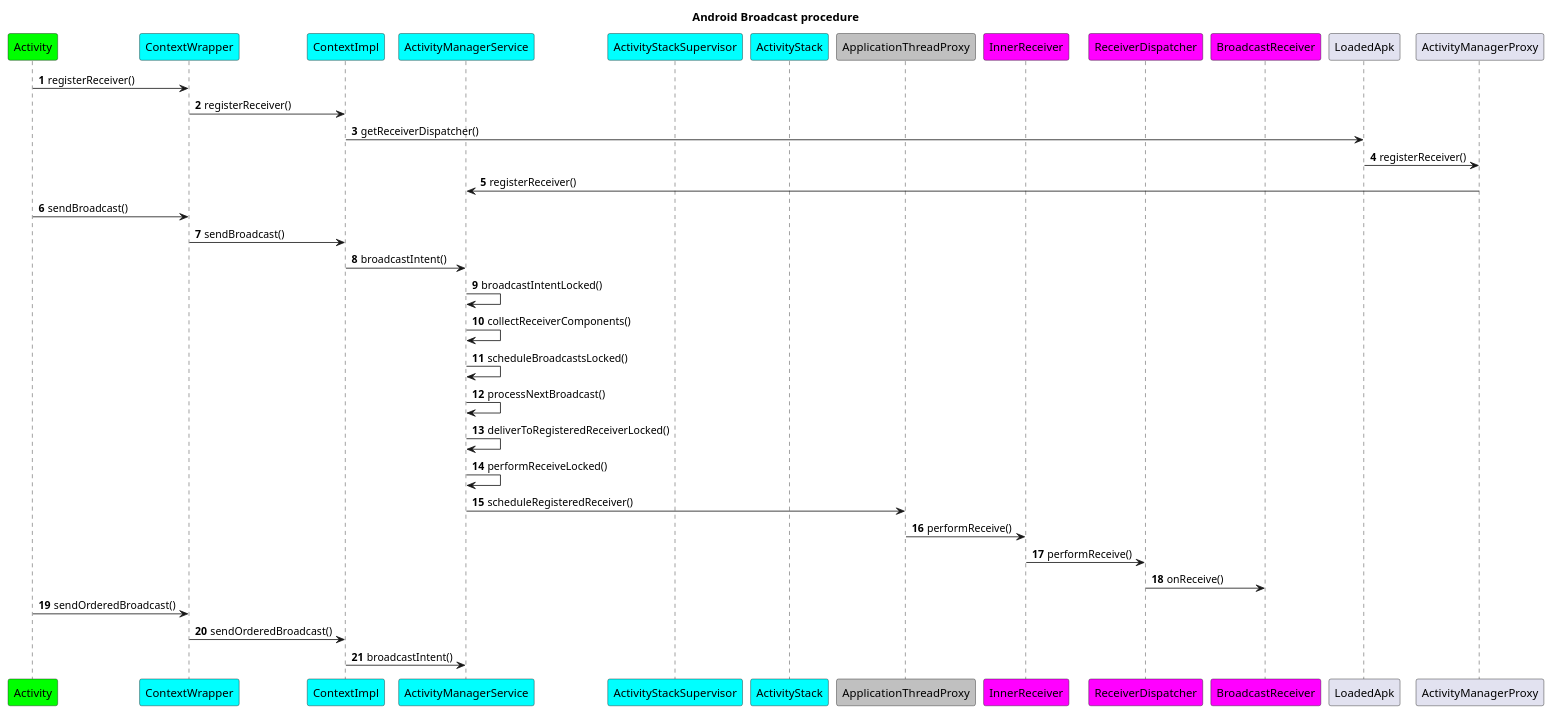
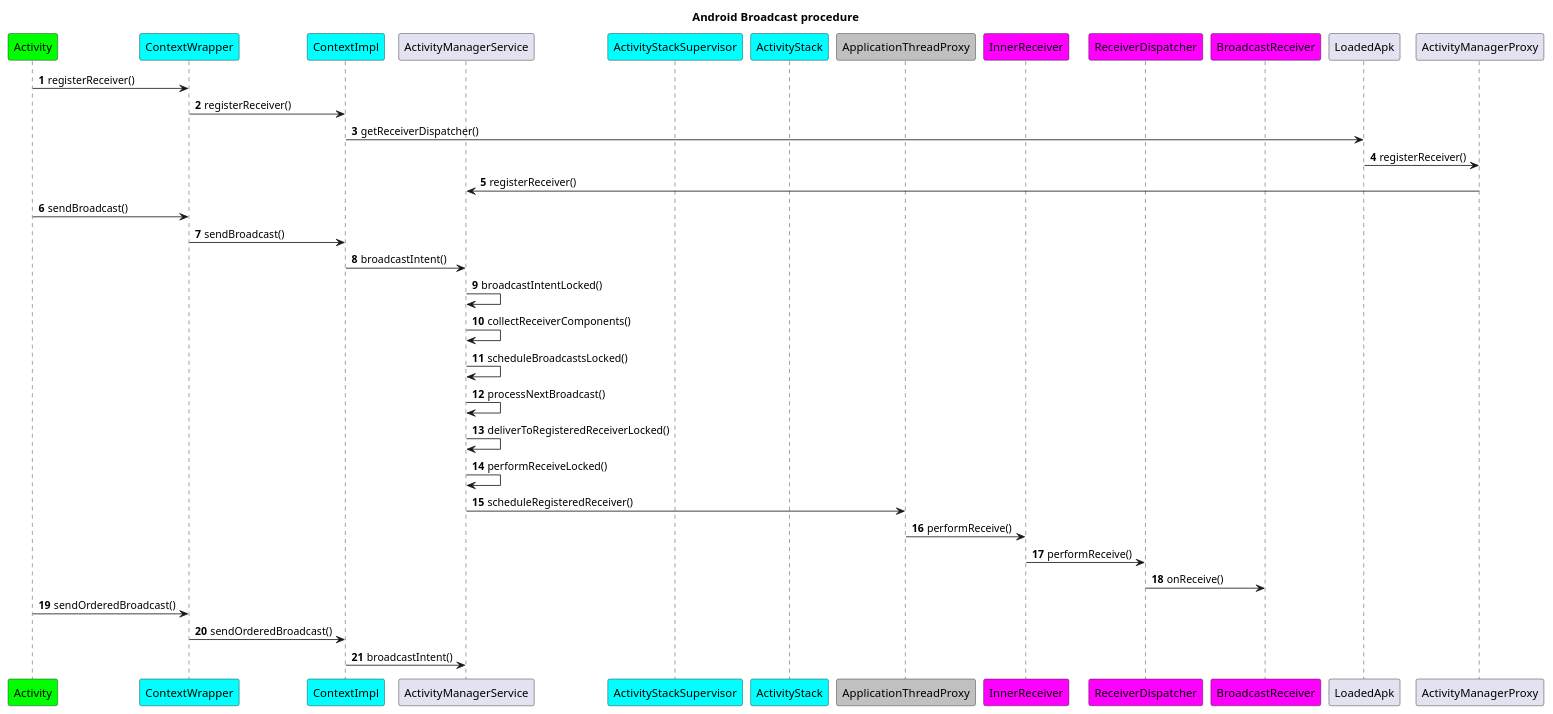
One commit to cholf/MD changed the diagram in docnote/plantuml/refund_status.puml. Above: the diagram before and after it, drawn with PlantUML. The commit also changed 17 other files, not shown here.

```diff
--- a/docnote/plantuml/refund_status.puml
+++ b/docnote/plantuml/refund_status.puml
@@ -1,38 +1,38 @@
 @startuml
 title Android Broadcast procedure
 participant Activity #Lime
 participant ContextWrapper #Cyan
 participant ContextImpl #Cyan
-participant ActivityManagerService #Cyan
+participant ActivityManagerService
 participant ActivityStackSupervisor #Cyan
 participant ActivityStack #Cyan
 participant ApplicationThreadProxy #Silver
 participant InnerReceiver #Magenta
 participant ReceiverDispatcher #Magenta
 participant BroadcastReceiver #Magenta
 
 autonumber
 Activity -> ContextWrapper : registerReceiver()
 ContextWrapper -> ContextImpl : registerReceiver()
 ContextImpl -> LoadedApk : getReceiverDispatcher()
 LoadedApk -> ActivityManagerProxy : registerReceiver()
 ActivityManagerProxy -> ActivityManagerService : registerReceiver()
 
 Activity -> ContextWrapper : sendBroadcast()
 ContextWrapper -> ContextImpl : sendBroadcast()
 ContextImpl -> ActivityManagerService: broadcastIntent()
 ActivityManagerService -> ActivityManagerService : broadcastIntentLocked()
 ActivityManagerService -> ActivityManagerService : collectReceiverComponents()
 ActivityManagerService -> ActivityManagerService : scheduleBroadcastsLocked()
 ActivityManagerService -> ActivityManagerService : processNextBroadcast()
 ActivityManagerService -> ActivityManagerService : deliverToRegisteredReceiverLocked()
 ActivityManagerService -> ActivityManagerService : performReceiveLocked()
 ActivityManagerService -> ApplicationThreadProxy : scheduleRegisteredReceiver()
 ApplicationThreadProxy -> InnerReceiver : performReceive()
 InnerReceiver -> ReceiverDispatcher : performReceive()
 ReceiverDispatcher -> BroadcastReceiver : onReceive()
 
 Activity -> ContextWrapper : sendOrderedBroadcast()
 ContextWrapper -> ContextImpl : sendOrderedBroadcast()
 ContextImpl -> ActivityManagerService: broadcastIntent()
 @enduml
```
